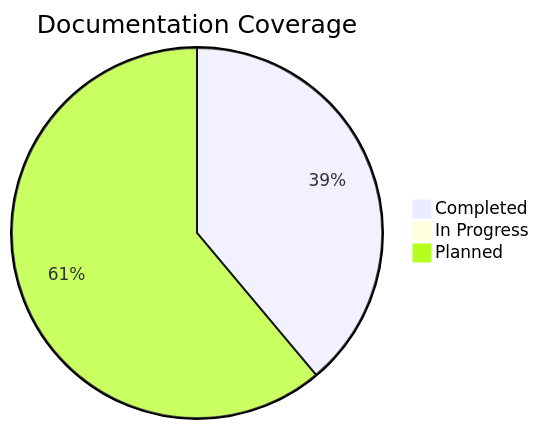
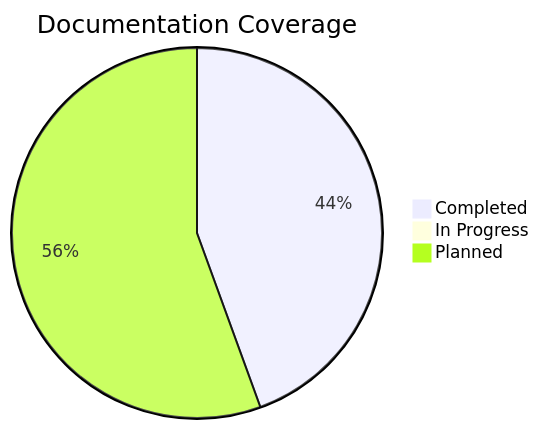
The second of 2 diagrams in docs/index.md (abhayraj-ops/Cake-Learn), drawn with Mermaid before and after one commit. The commit also changed other lines of this file and 8 other files, not shown here.

````diff
--- a/docs/index.md
+++ b/docs/index.md
@@ -194,6 +200,6 @@
 ```mermaid
 pie title Documentation Coverage
-    "Completed" : 7
+    "Completed" : 8
     "In Progress" : 0
-    "Planned" : 11
+    "Planned" : 10
 ```
````
